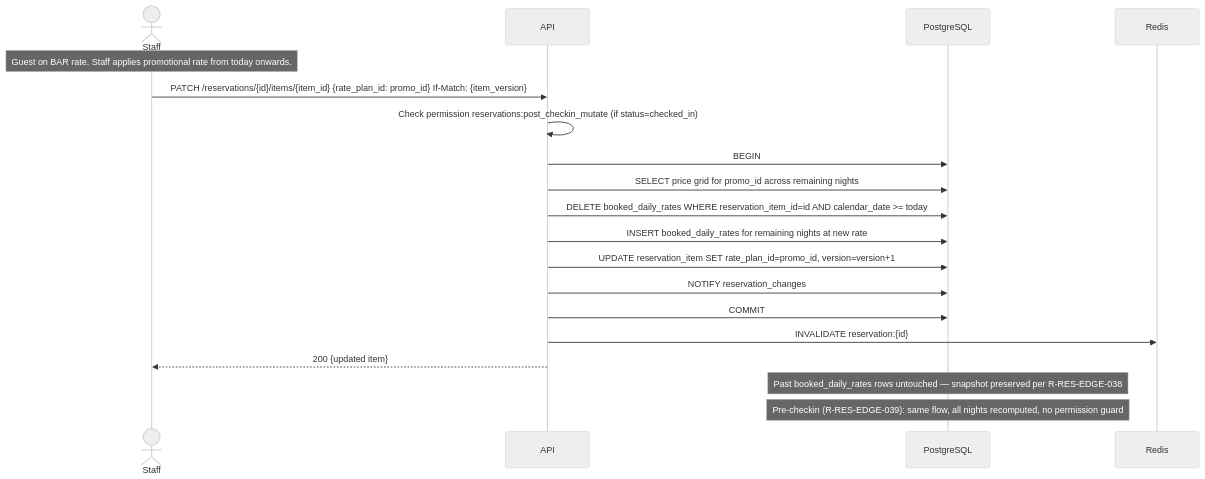
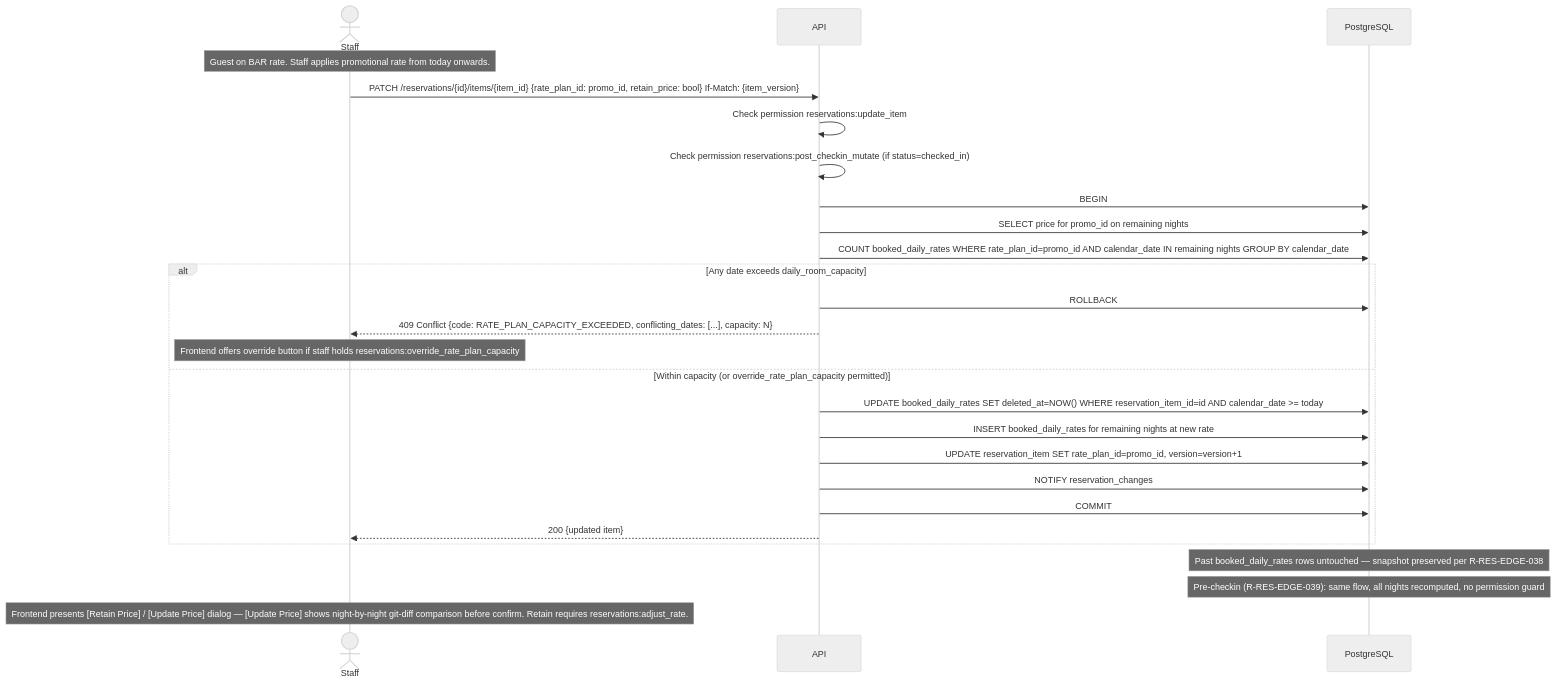
One commit to mallytj/yop-pms changed diagram 12 of 33 in docs/flows/reservations.md. Above: the diagram before and after it, drawn with Mermaid (neutral theme). The commit also changed other lines of this file, not shown here.

Commit message:
docs(reservations): update the flows post review

````diff
--- a/docs/flows/reservations.md
+++ b/docs/flows/reservations.md
@@ -548,24 +622,31 @@
 ```mermaid
 sequenceDiagram
     actor Staff
     participant API
     participant DB as PostgreSQL
-    participant Redis
 
     Note over Staff: Guest on BAR rate. Staff applies promotional rate from today onwards.
 
-    Staff->>API: PATCH /reservations/{id}/items/{item_id} {rate_plan_id: promo_id} If-Match: {item_version}
+    Staff->>API: PATCH /reservations/{id}/items/{item_id} {rate_plan_id: promo_id, retain_price: bool} If-Match: {item_version}
+    API->>API: Check permission reservations:update_item
     API->>API: Check permission reservations:post_checkin_mutate (if status=checked_in)
     API->>DB: BEGIN
-    API->>DB: SELECT price grid for promo_id across remaining nights
-    API->>DB: DELETE booked_daily_rates WHERE reservation_item_id=id AND calendar_date >= today
-    API->>DB: INSERT booked_daily_rates for remaining nights at new rate
-    API->>DB: UPDATE reservation_item SET rate_plan_id=promo_id, version=version+1
-    API->>DB: NOTIFY reservation_changes
-    API->>DB: COMMIT
-    API->>Redis: INVALIDATE reservation:{id}
-    API-->>Staff: 200 {updated item}
+    API->>DB: SELECT price for promo_id on remaining nights
+    API->>DB: COUNT booked_daily_rates WHERE rate_plan_id=promo_id AND calendar_date IN remaining nights GROUP BY calendar_date
+    alt Any date exceeds daily_room_capacity
+        API->>DB: ROLLBACK
+        API-->>Staff: 409 Conflict {code: RATE_PLAN_CAPACITY_EXCEEDED, conflicting_dates: [...], capacity: N}
+        Note over Staff: Frontend offers override button if staff holds reservations:override_rate_plan_capacity
+    else Within capacity (or override_rate_plan_capacity permitted)
+        API->>DB: UPDATE booked_daily_rates SET deleted_at=NOW() WHERE reservation_item_id=id AND calendar_date >= today
+        API->>DB: INSERT booked_daily_rates for remaining nights at new rate
+        API->>DB: UPDATE reservation_item SET rate_plan_id=promo_id, version=version+1
+        API->>DB: NOTIFY reservation_changes
+        API->>DB: COMMIT
+        API-->>Staff: 200 {updated item}
+    end
 
     Note over DB: Past booked_daily_rates rows untouched — snapshot preserved per R-RES-EDGE-038
     Note over DB: Pre-checkin (R-RES-EDGE-039): same flow, all nights recomputed, no permission guard
+    Note over Staff: Frontend presents [Retain Price] / [Update Price] dialog — [Update Price] shows night-by-night git-diff comparison before confirm. Retain requires reservations:adjust_rate.
 ```
````
